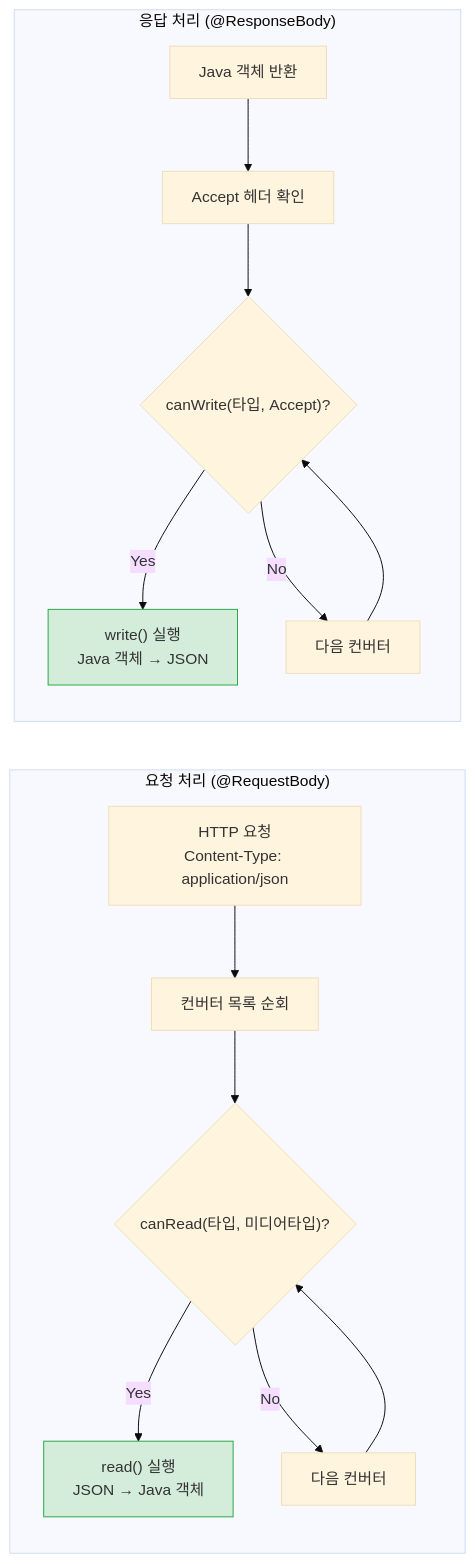
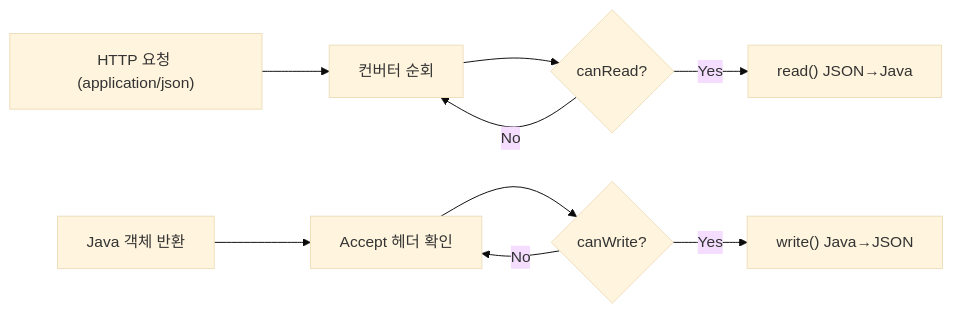
One commit to yjkim2015/yjkim2015.github.io changed the ninth of 14 diagrams in _posts/spring/2026-05-02-spring-mvc-deep.md. Above: the diagram before and after it, drawn with Mermaid (base theme). The commit also changed other lines of this file and 215 other files, not shown here.

First line of the commit message:
신규 포스트 10개 추가 + Mermaid 전면 축소 + SystemDesign 시리즈 보강

````diff
--- a/_posts/spring/2026-05-02-spring-mvc-deep.md
+++ b/_posts/spring/2026-05-02-spring-mvc-deep.md
@@ -727,21 +636,11 @@
 ```mermaid
 flowchart LR
-    subgraph "요청 처리 (@RequestBody)"
-        A["HTTP 요청\nContent-Type: application/json"] --> B["컨버터 목록 순회"]
-        B --> C{"canRead(타입, 미디어타입)?"}
-        C -->|"Yes"| D["read() 실행\nJSON → Java 객체"]
-        C -->|"No"| E["다음 컨버터"]
-        E --> C
-    end
-
-    subgraph "응답 처리 (@ResponseBody)"
-        F["Java 객체 반환"] --> G["Accept 헤더 확인"]
-        G --> H{"canWrite(타입, Accept)?"}
-        H -->|"Yes"| I["write() 실행\nJava 객체 → JSON"]
-        H -->|"No"| J["다음 컨버터"]
-        J --> H
-    end
-
-    classDef ok fill:#d4edda,stroke:#28a745
-    class D,I ok
+    A["HTTP 요청 (application/json)"] --> B["컨버터 순회"]
+    B --> C{"canRead?"}
+    C -->|Yes| D["read() JSON→Java"]
+    C -->|No| B
+    F["Java 객체 반환"] --> G["Accept 헤더 확인"]
+    G --> H{"canWrite?"}
+    H -->|Yes| I["write() Java→JSON"]
+    H -->|No| G
 ```
````
